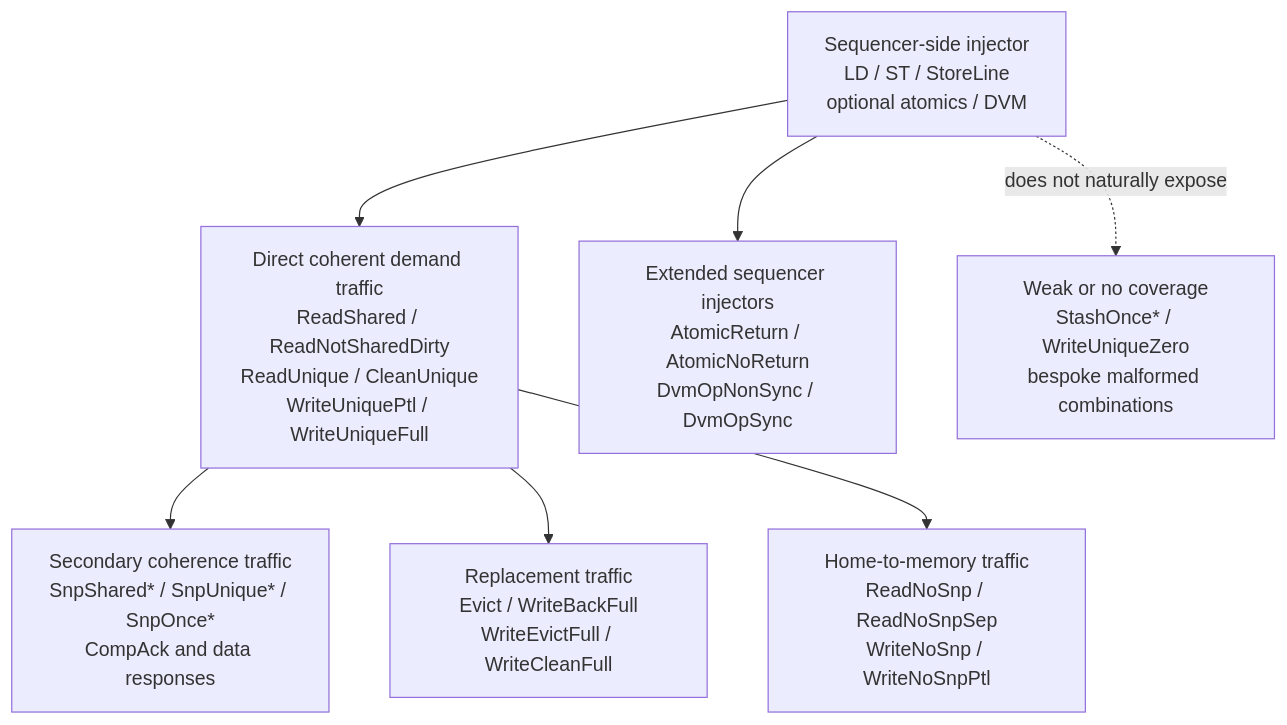
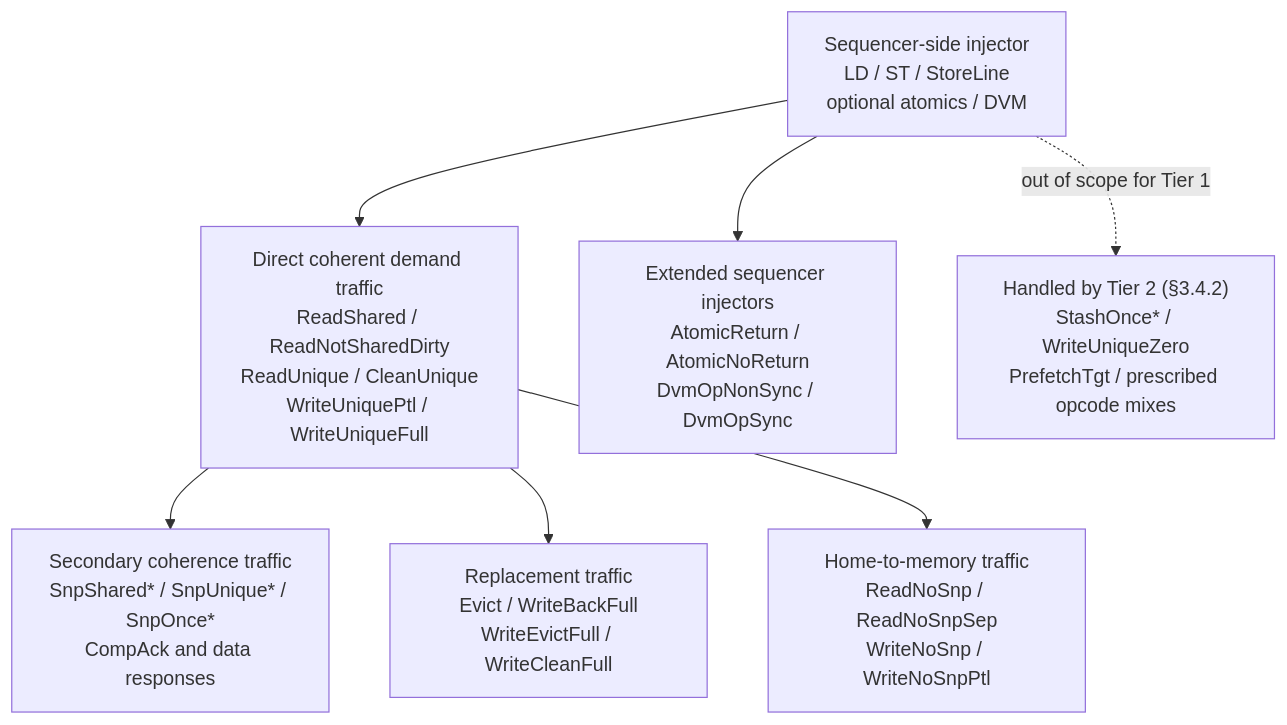
The sixth of 6 diagrams in ruby-book/extra/CHIGarnetStandaloneChapterOutline.md (ripopov/gem5), drawn with Mermaid before and after one commit. The commit also changed other lines of this file, not shown here.

Commit message:
misc: Add Tier 2 injection to CHI Garnet chapter outline

````diff
--- a/ruby-book/extra/CHIGarnetStandaloneChapterOutline.md
+++ b/ruby-book/extra/CHIGarnetStandaloneChapterOutline.md
@@ -343,17 +489,17 @@
 ```mermaid
 flowchart TD
     SEQ["Sequencer-side injector<br/>LD / ST / StoreLine<br/>optional atomics / DVM"]
     DEM["Direct coherent demand traffic<br/>ReadShared / ReadNotSharedDirty<br/>ReadUnique / CleanUnique<br/>WriteUniquePtl / WriteUniqueFull"]
     SIDE["Secondary coherence traffic<br/>SnpShared* / SnpUnique* / SnpOnce*<br/>CompAck and data responses"]
     REPL["Replacement traffic<br/>Evict / WriteBackFull<br/>WriteEvictFull / WriteCleanFull"]
     MEM["Home-to-memory traffic<br/>ReadNoSnp / ReadNoSnpSep<br/>WriteNoSnp / WriteNoSnpPtl"]
     EXT["Extended sequencer injectors<br/>AtomicReturn / AtomicNoReturn<br/>DvmOpNonSync / DvmOpSync"]
-    GAP["Weak or no coverage<br/>StashOnce* / WriteUniqueZero<br/>bespoke malformed combinations"]
+    GAP["Handled by Tier 2 (§3.4.2)<br/>StashOnce* / WriteUniqueZero<br/>PrefetchTgt / prescribed opcode mixes"]
 
     SEQ --> DEM
     DEM --> SIDE
     DEM --> REPL
     DEM --> MEM
     SEQ --> EXT
-    SEQ -. does not naturally expose .-> GAP
+    SEQ -. out of scope for Tier 1 .-> GAP
 ```
````
